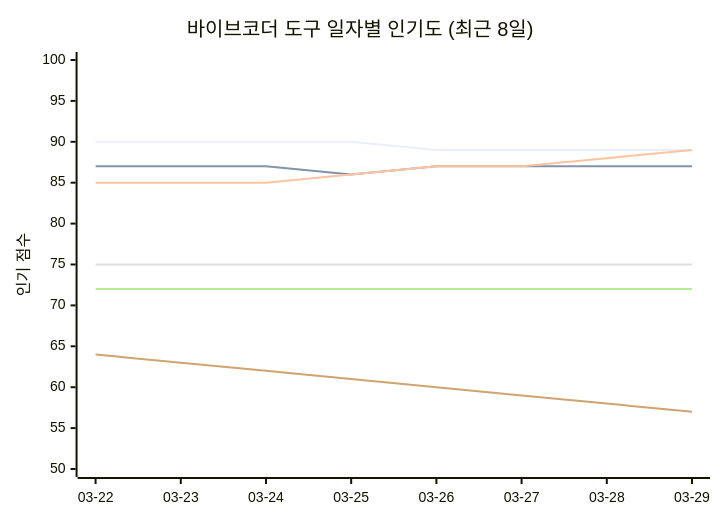
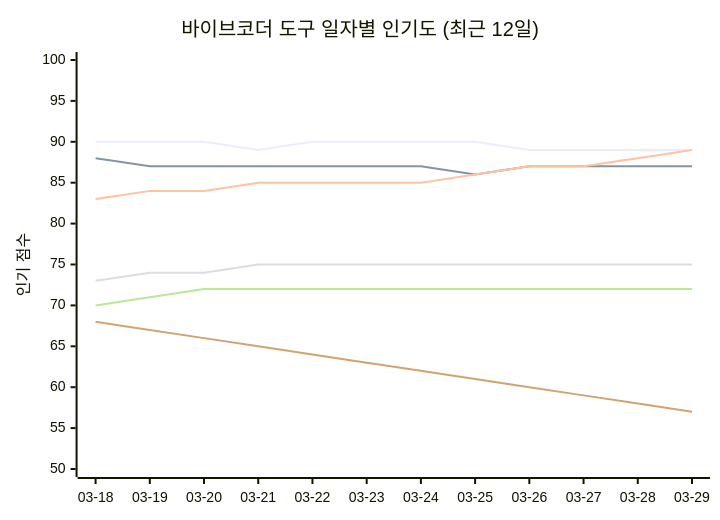
The seventh of 11 diagrams in README_ko.md (Lazere4385/ai-whatchelin), drawn with Mermaid before and after one commit. The commit also changed other lines of this file and 1 other file, not shown here.

Commit message:
auto: daily update (2026-03-29)

````diff
--- a/README_ko.md
+++ b/README_ko.md
@@ -496,12 +496,12 @@
 ```mermaid
 xychart-beta
-    title "바이브코더 도구 일자별 인기도 (최근 8일)"
-    x-axis ["03-22", "03-23", "03-24", "03-25", "03-26", "03-27", "03-28", "03-29"]
+    title "바이브코더 도구 일자별 인기도 (최근 12일)"
+    x-axis ["03-18", "03-19", "03-20", "03-21", "03-22", "03-23", "03-24", "03-25", "03-26", "03-27", "03-28", "03-29"]
     y-axis "인기 점수" 50 --> 100
-    line "GH Copilot" [90, 90, 90, 90, 89, 89, 89, 89]
-    line "Cursor" [87, 87, 87, 86, 87, 87, 87, 87]
-    line "Claude Code" [85, 85, 85, 86, 87, 87, 88, 89]
-    line "Windsurf" [75, 75, 75, 75, 75, 75, 75, 75]
-    line "Codex CLI" [72, 72, 72, 72, 72, 72, 72, 72]
-    line "Antigravity" [64, 63, 62, 61, 60, 59, 58, 57]
+    line "GH Copilot" [90, 90, 90, 89, 90, 90, 90, 90, 89, 89, 89, 89]
+    line "Cursor" [88, 87, 87, 87, 87, 87, 87, 86, 87, 87, 87, 87]
+    line "Claude Code" [83, 84, 84, 85, 85, 85, 85, 86, 87, 87, 88, 89]
+    line "Windsurf" [73, 74, 74, 75, 75, 75, 75, 75, 75, 75, 75, 75]
+    line "Codex CLI" [70, 71, 72, 72, 72, 72, 72, 72, 72, 72, 72, 72]
+    line "Antigravity" [68, 67, 66, 65, 64, 63, 62, 61, 60, 59, 58, 57]
 ```
````
